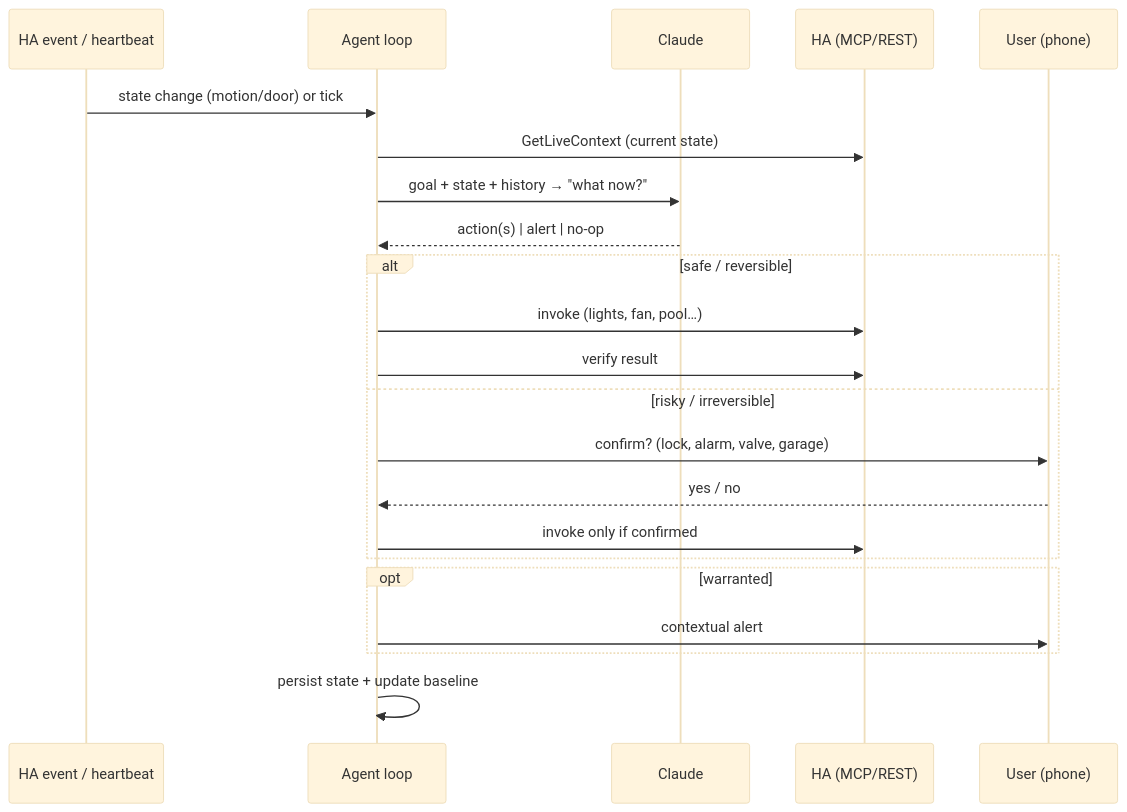
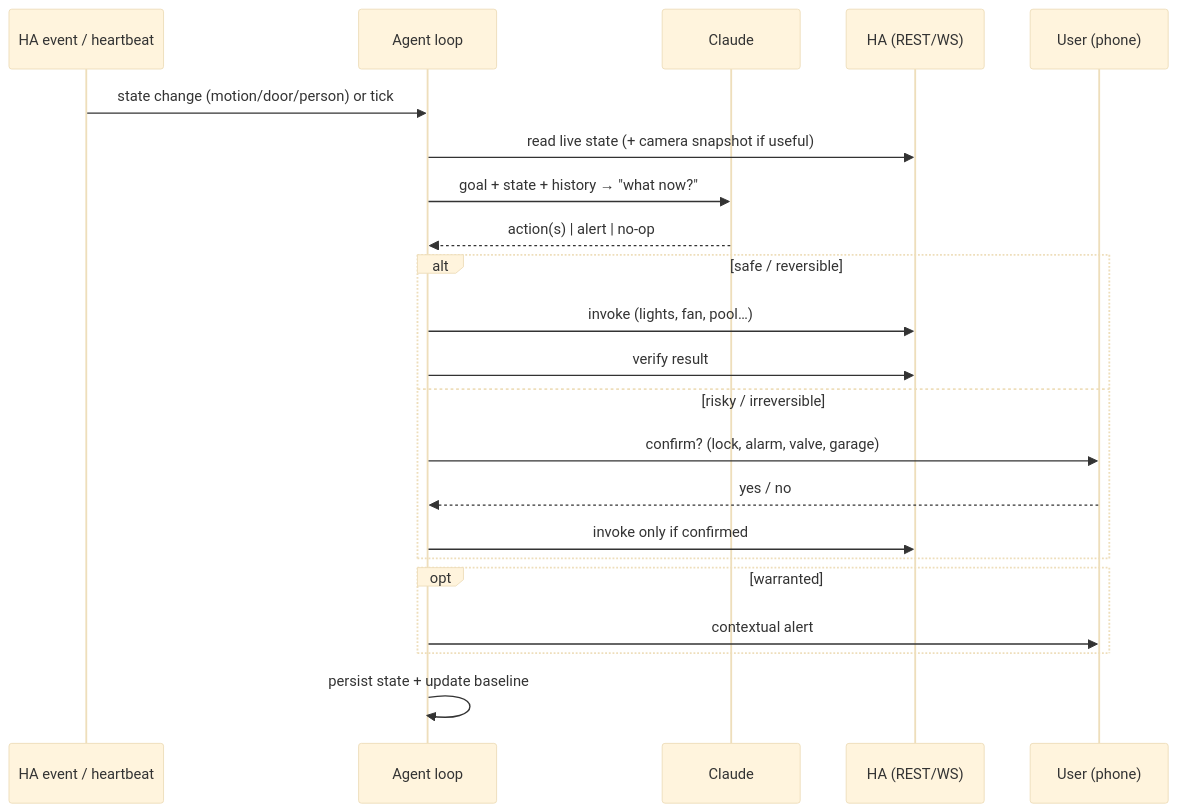
Before and after one commit to kunalkhosla/jarvis: the second of 3 diagrams in docs/ARCHITECTURE.md, drawn with Mermaid (base theme). The commit also changed other lines of this file and 5 other files, not shown here.

````diff
--- a/docs/ARCHITECTURE.md
+++ b/docs/ARCHITECTURE.md
@@ -90,25 +95,25 @@
 ```mermaid
 sequenceDiagram
     participant E as HA event / heartbeat
     participant A as Agent loop
     participant Cl as Claude
-    participant H as HA (MCP/REST)
+    participant H as HA (REST/WS)
     participant U as User (phone)
 
-    E->>A: state change (motion/door) or tick
-    A->>H: GetLiveContext (current state)
+    E->>A: state change (motion/door/person) or tick
+    A->>H: read live state (+ camera snapshot if useful)
     A->>Cl: goal + state + history → "what now?"
     Cl-->>A: action(s) | alert | no-op
     alt safe / reversible
         A->>H: invoke (lights, fan, pool…)
         A->>H: verify result
     else risky / irreversible
         A->>U: confirm? (lock, alarm, valve, garage)
         U-->>A: yes / no
         A->>H: invoke only if confirmed
     end
     opt warranted
         A->>U: contextual alert
     end
     A->>A: persist state + update baseline
 ```
````
